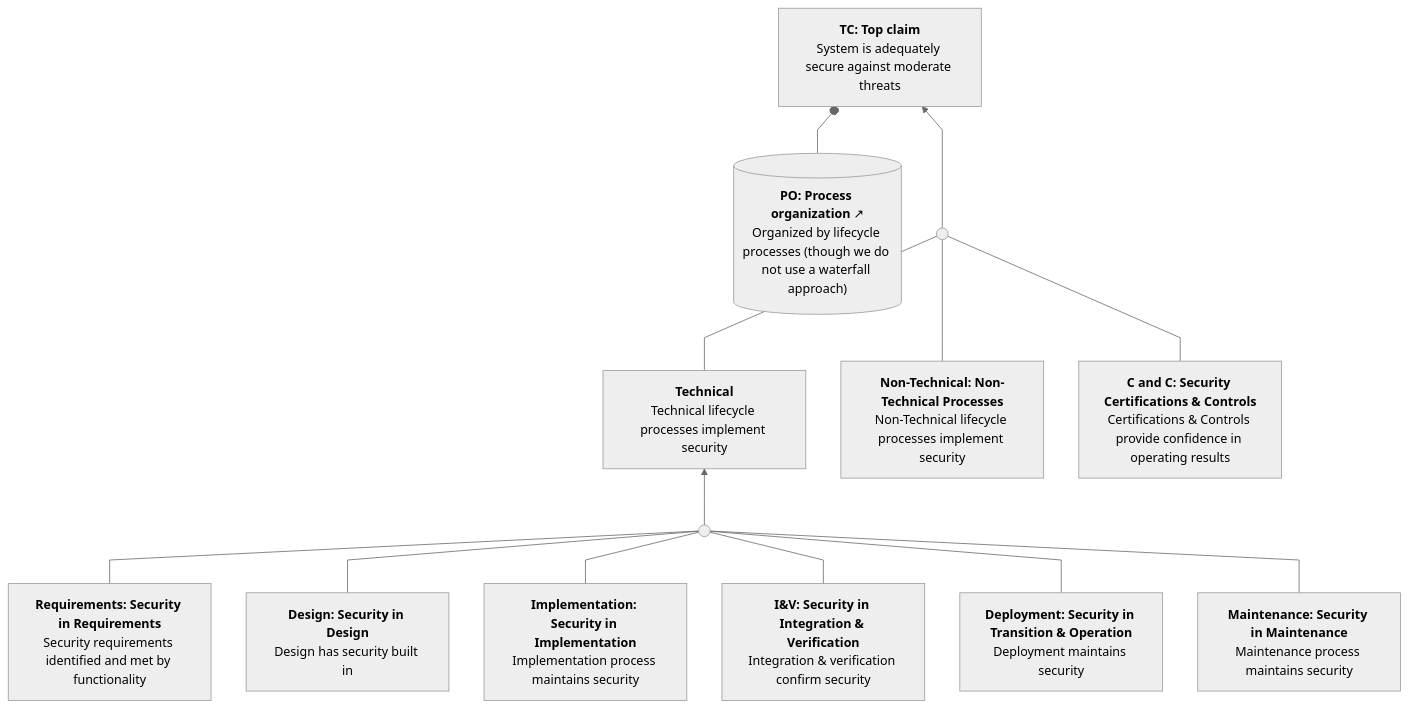
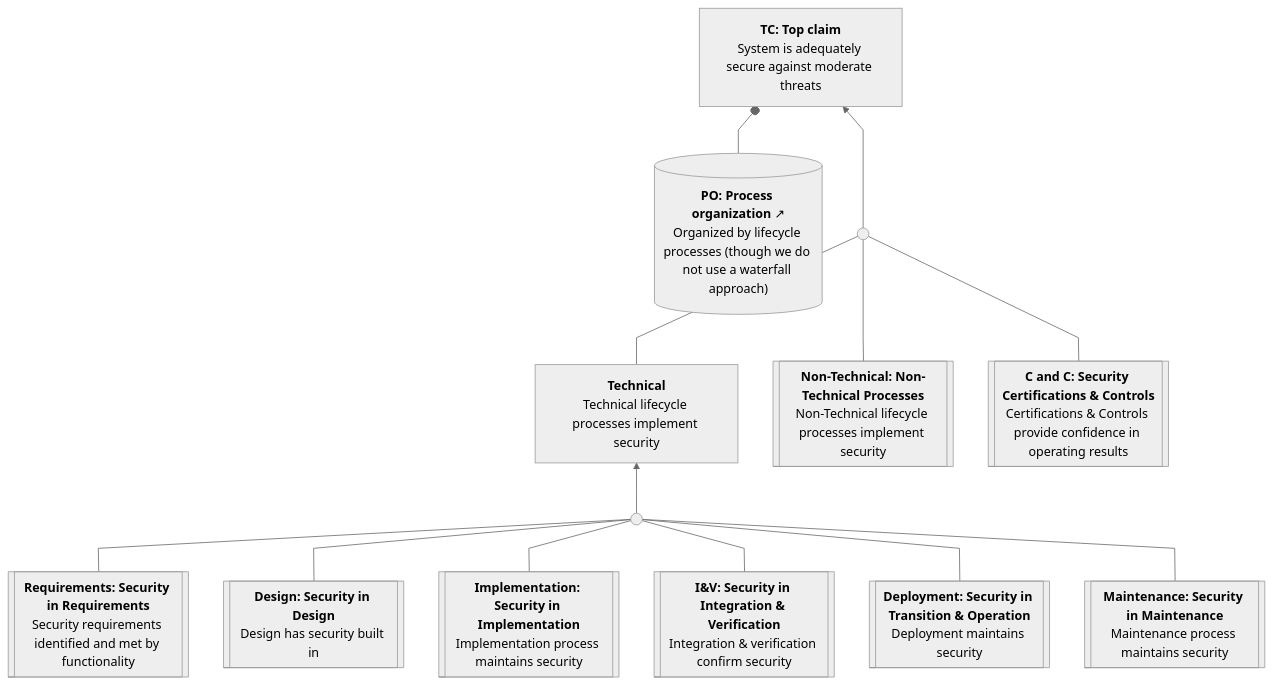
Before and after one commit to coreinfrastructure/best-practices-badge: diagram 21 of 21 in docs/sacm-mermaid.md, drawn with Mermaid. The commit also changed other lines of this file, not shown here.

First line of the commit message:
Mark leaf claims as AsCited in top-level assurance case diagram

````diff
--- a/docs/sacm-mermaid.md
+++ b/docs/sacm-mermaid.md
@@ -1234,39 +1236,39 @@
 ```mermaid
 ---
 config:
   theme: neutral
   flowchart:
     curve: linear
     htmlLabels: true
     rankSpacing: 60
     nodeSpacing: 45
     padding: 15
 ---
 flowchart BT
     TC["<b>TC: Top claim</b><br>System is adequately secure against moderate threats"]
     PO[("<b>PO: Process organization</b> ↗<br>Organized by lifecycle processes (though we do not use a waterfall approach)")]
     Tech["<b>Technical</b><br>Technical lifecycle processes implement security"]
-    NonTech["<b>Non-Technical: Non-Technical Processes</b><br>Non-Technical lifecycle processes implement security"]
-    CC["<b>C and C: Security Certifications & Controls</b><br>Certifications & Controls provide confidence in operating results"]
-    Req["<b>Requirements: Security in Requirements</b><br>Security requirements identified and met by functionality"]
-    Des["<b>Design: Security in Design</b><br>Design has security built in"]
-    Impl["<b>Implementation: Security in Implementation</b><br>Implementation process maintains security"]
-    IV["<b>I&V: Security in Integration & Verification</b><br>Integration & verification confirm security"]
-    Dep["<b>Deployment: Security in Transition & Operation</b><br>Deployment maintains security"]
-    Maint["<b>Maintenance: Security in Maintenance</b><br>Maintenance process maintains security"]
+    NonTech[["<b>Non-Technical: Non-Technical Processes</b><br>Non-Technical lifecycle processes implement security"]]
+    CC[["<b>C and C: Security Certifications & Controls</b><br>Certifications & Controls provide confidence in operating results"]]
+    Req[["<b>Requirements: Security in Requirements</b><br>Security requirements identified and met by functionality"]]
+    Des[["<b>Design: Security in Design</b><br>Design has security built in"]]
+    Impl[["<b>Implementation: Security in Implementation</b><br>Implementation process maintains security"]]
+    IV[["<b>I&V: Security in Integration & Verification</b><br>Integration & verification confirm security"]]
+    Dep[["<b>Deployment: Security in Transition & Operation</b><br>Deployment maintains security"]]
+    Maint[["<b>Maintenance: Security in Maintenance</b><br>Maintenance process maintains security"]]
     Inf1((" "))
     Inf2((" "))
 
     PO --o TC
     Tech --- Inf1
     NonTech --- Inf1
     CC --- Inf1
     Inf1 --> TC
     Req --- Inf2
     Des --- Inf2
     Impl --- Inf2
     IV --- Inf2
     Dep --- Inf2
     Maint --- Inf2
     Inf2 --> Tech
 ```
````
